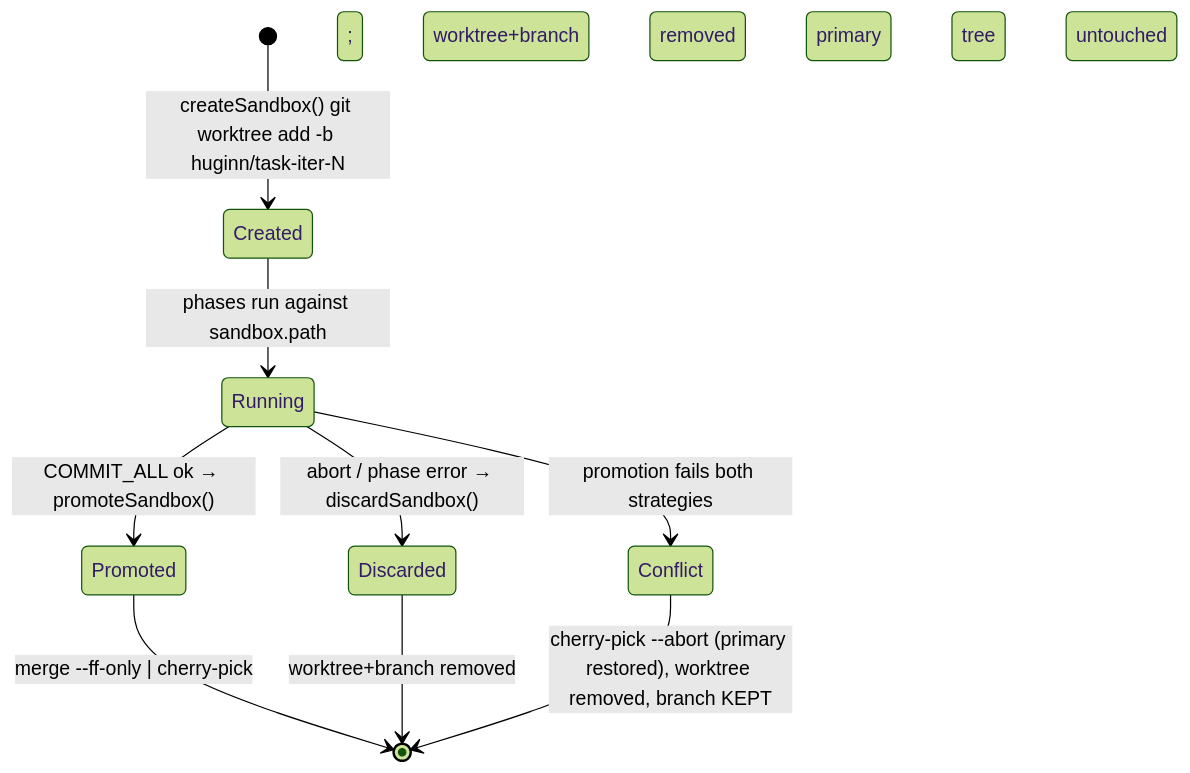
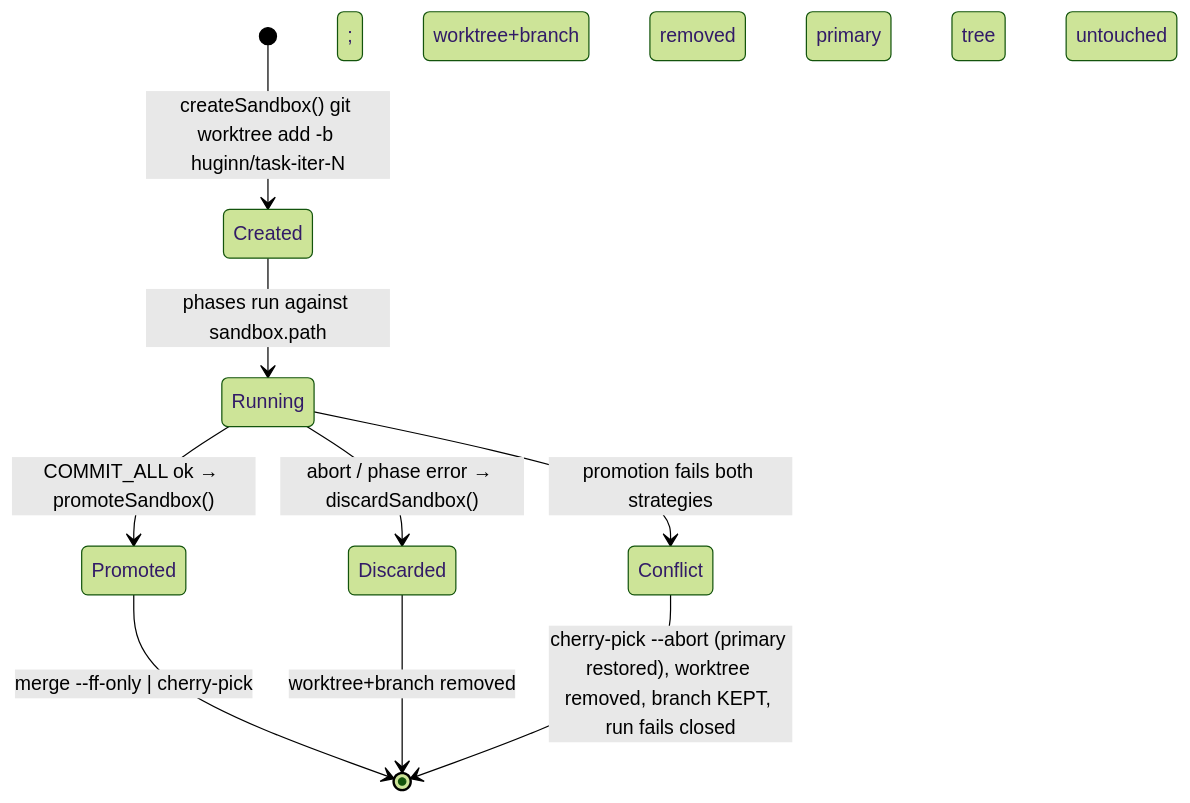
Before and after one commit to dahch/huginn: diagram 20 of 20 in DESIGN.md, drawn with Mermaid (forest theme). The commit also changed other lines of this file and 2 other files, not shown here.

````diff
--- a/DESIGN.md
+++ b/DESIGN.md
@@ -1634,11 +1667,11 @@
 ```mermaid
 stateDiagram-v2
     [*] --> Created: createSandbox() git worktree add -b huginn/task-iter-N
     Created --> Running: phases run against sandbox.path
     Running --> Promoted: COMMIT_ALL ok → promoteSandbox()
     Running --> Discarded: abort / phase error → discardSandbox()
     Promoted --> [*]: merge --ff-only | cherry-pick; worktree+branch removed
     Discarded --> [*]: worktree+branch removed; primary tree untouched
     Running --> Conflict: promotion fails both strategies
-    Conflict --> [*]: cherry-pick --abort (primary restored), worktree removed, branch KEPT
+    Conflict --> [*]: cherry-pick --abort (primary restored), worktree removed, branch KEPT, run fails closed
 ```
````
